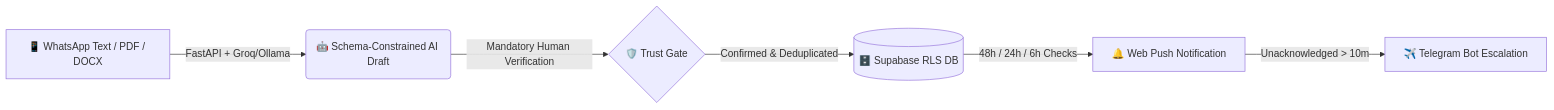
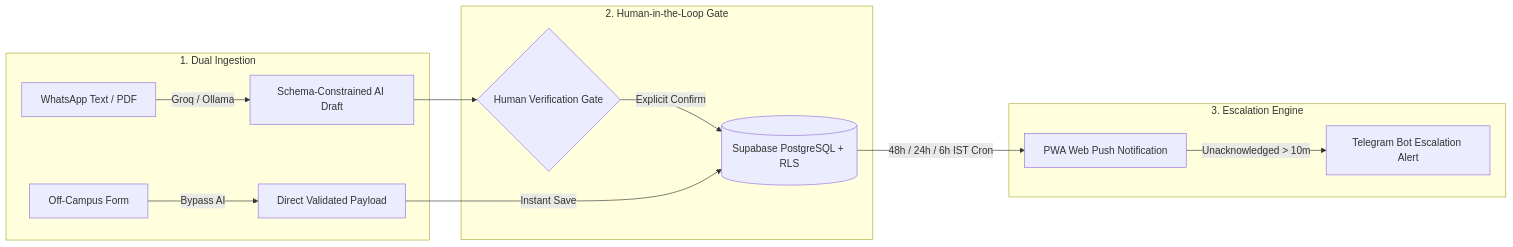
The first of 2 diagrams in README.md (Keval2609/Placement_Tracker), drawn with Mermaid before and after one commit. The commit also changed other lines of this file, not shown here.

````diff
--- a/README.md
+++ b/README.md
@@ -30,8 +43,18 @@
 ```mermaid
 graph LR
-    A[📱 WhatsApp Text / PDF / DOCX] -->|FastAPI + Groq/Ollama| B(🤖 Schema-Constrained AI Draft)
-    B -->|Mandatory Human Verification| C{🛡️ Trust Gate}
-    C -->|Confirmed & Deduplicated| D[(🗄️ Supabase RLS DB)]
-    D -->|48h / 24h / 6h Checks| E[🔔 Web Push Notification]
-    E -->|Unacknowledged > 10m| F[✈️ Telegram Bot Escalation]
+    subgraph Ingestion["1. Dual Ingestion"]
+        A[WhatsApp Text / PDF] -->|Groq / Ollama| B[Schema-Constrained AI Draft]
+        C[Off-Campus Form] -->|Bypass AI| D[Direct Validated Payload]
+    end
+
+    subgraph Verification["2. Human-in-the-Loop Gate"]
+        B --> E{Human Verification Gate}
+        E -->|Explicit Confirm| F[(Supabase PostgreSQL + RLS)]
+        D -->|Instant Save| F
+    end
+
+    subgraph Alerts["3. Escalation Engine"]
+        F -->|48h / 24h / 6h IST Cron| G[PWA Web Push Notification]
+        G -->|Unacknowledged > 10m| H[Telegram Bot Escalation Alert]
+    end
 ```
````
